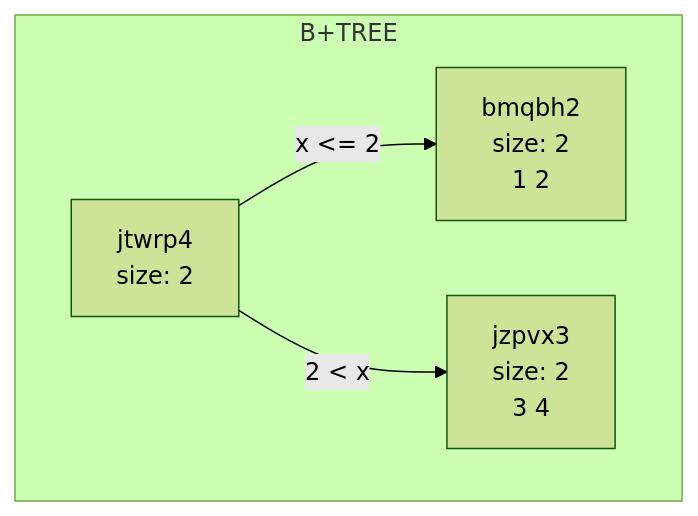
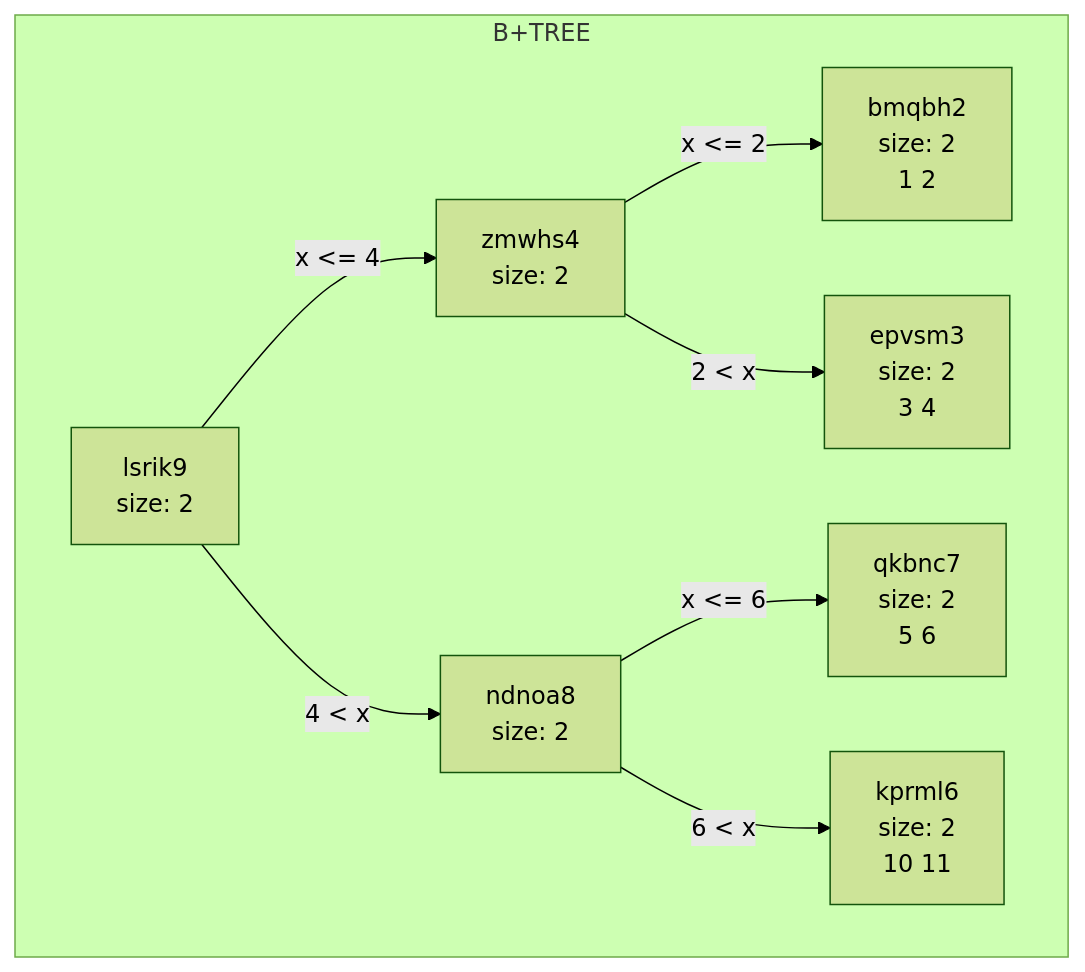
One commit to kjain1810/B-Trees changed the first of 2 diagrams in data/chart.md. Above: the diagram before and after it, drawn with Mermaid (forest theme). The commit also changed other lines of this file and 2 other files, not shown here.

Commit message:
Insertion done

````diff
--- a/data/chart.md
+++ b/data/chart.md
@@ -1,10 +1,18 @@
 ```mermaid
 graph TD
 subgraph B+TREE
-jtwrp4[jtwrp4<br/>size: 2<br/>]
+lsrik9[lsrik9<br/>size: 2<br/>]
+zmwhs4[zmwhs4<br/>size: 2<br/>]
 bmqbh2[bmqbh2<br/>size: 2<br/>1 2 ]
-jtwrp4-->|x <= 2|bmqbh2
-jzpvx3[jzpvx3<br/>size: 2<br/>3 4 ]
-jtwrp4-->|2 < x|jzpvx3
+zmwhs4-->|x <= 2|bmqbh2
+epvsm3[epvsm3<br/>size: 2<br/>3 4 ]
+zmwhs4-->|2 < x|epvsm3
+lsrik9-->|x <= 4|zmwhs4
+ndnoa8[ndnoa8<br/>size: 2<br/>]
+qkbnc7[qkbnc7<br/>size: 2<br/>5 6 ]
+ndnoa8-->|x <= 6|qkbnc7
+kprml6[kprml6<br/>size: 2<br/>10 11 ]
+ndnoa8-->|6 < x|kprml6
+lsrik9-->|4 < x|ndnoa8
 end
 ```
````
